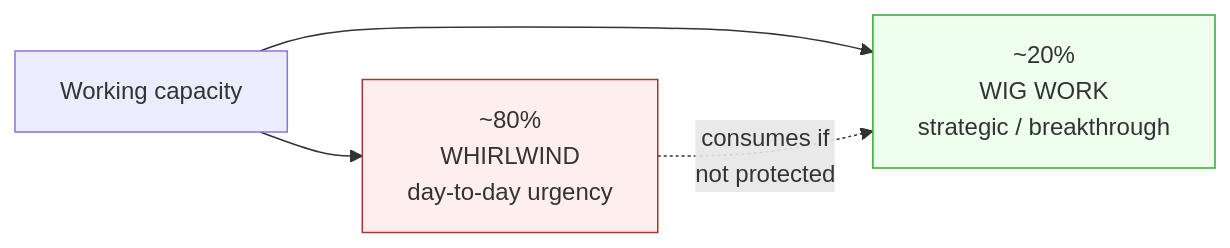
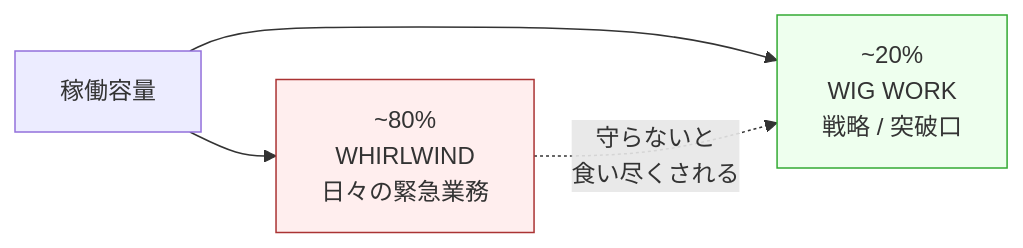
Before and after one commit to kouko/monkey-skills: the first of 2 diagrams in four-dx-coach/README.ja.md, drawn with Mermaid. The commit also changed other lines of this file and 1 other file, not shown here.

````diff
--- a/four-dx-coach/README.ja.md
+++ b/four-dx-coach/README.ja.md
@@ -32,9 +32,9 @@
 ```mermaid
 flowchart LR
-    Time[Working capacity] --> Whirlwind["~80%<br/>WHIRLWIND<br/>day-to-day urgency"]
-    Time --> WIGwork["~20%<br/>WIG WORK<br/>strategic / breakthrough"]
-    Whirlwind -.->|consumes if<br/>not protected| WIGwork
+    Time[稼働容量] --> Whirlwind["~80%<br/>WHIRLWIND<br/>日々の緊急業務"]
+    Time --> WIGwork["~20%<br/>WIG WORK<br/>戦略 / 突破口"]
+    Whirlwind -.->|守らないと<br/>食い尽くされる| WIGwork
 
     style Whirlwind fill:#fee,stroke:#a33
     style WIGwork fill:#efe,stroke:#3a3
 ```
````
